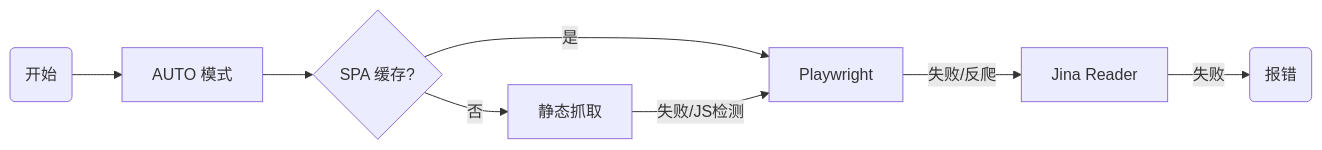
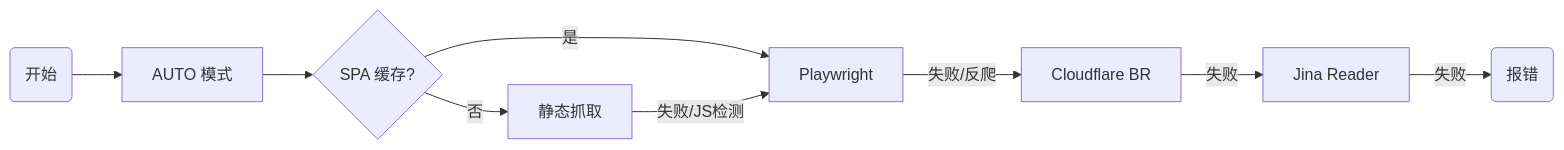
Before and after one commit to Ynewtime/markitai: the second of 2 diagrams in docs/architecture.md, drawn with Mermaid. The commit also changed other lines of this file and 51 other files, not shown here.

````diff
--- a/docs/architecture.md
+++ b/docs/architecture.md
@@ -448,10 +452,11 @@
 ```mermaid
 graph LR
     Start(开始) --> Auto[AUTO 模式]
     Auto --> CheckCache{SPA 缓存?}
     CheckCache -- 是 --> Browser[Playwright]
     CheckCache -- 否 --> Static[静态抓取]
     Static -- 失败/JS检测 --> Browser
-    Browser -- 失败/反爬 --> Jina[Jina Reader]
+    Browser -- 失败/反爬 --> CF[Cloudflare BR]
+    CF -- 失败 --> Jina[Jina Reader]
     Jina -- 失败 --> Error(报错)
 ```
````
